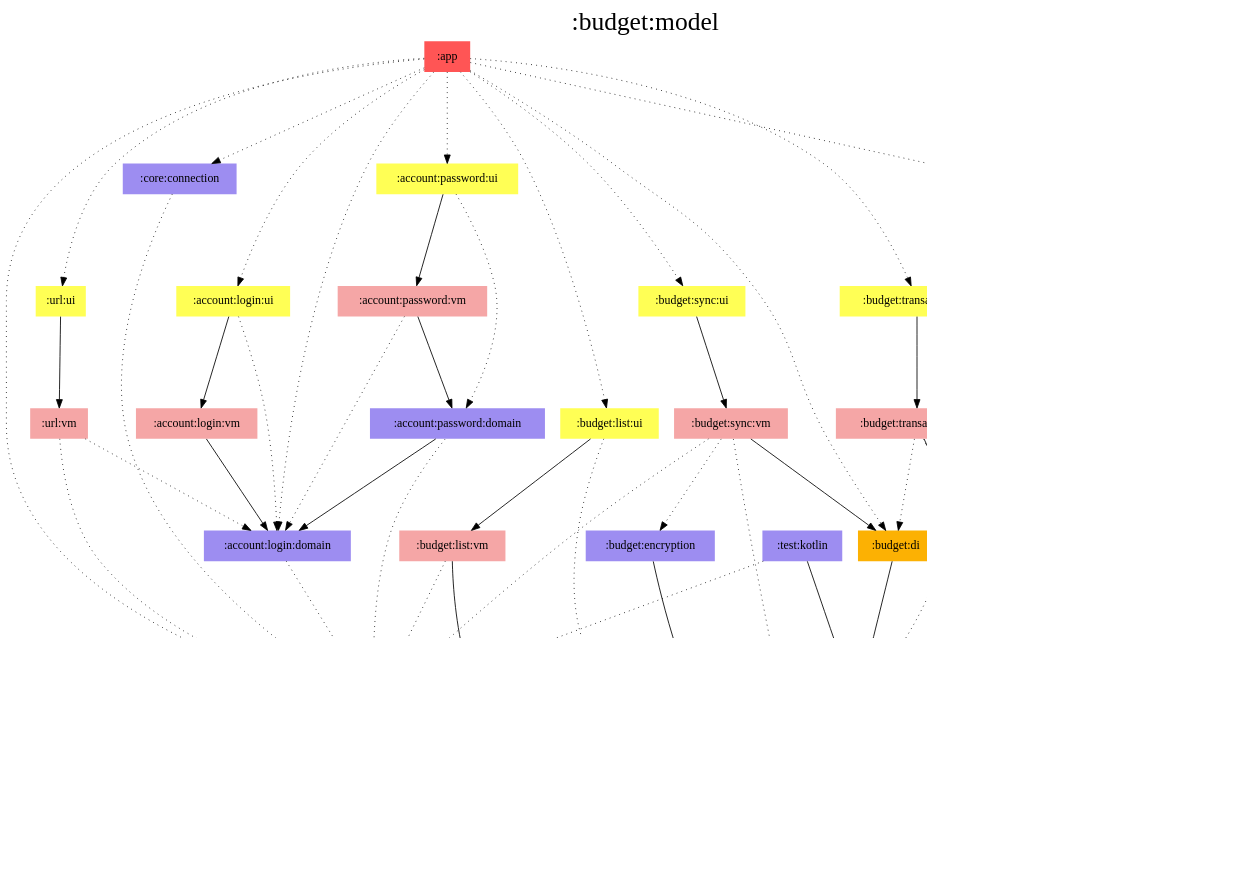
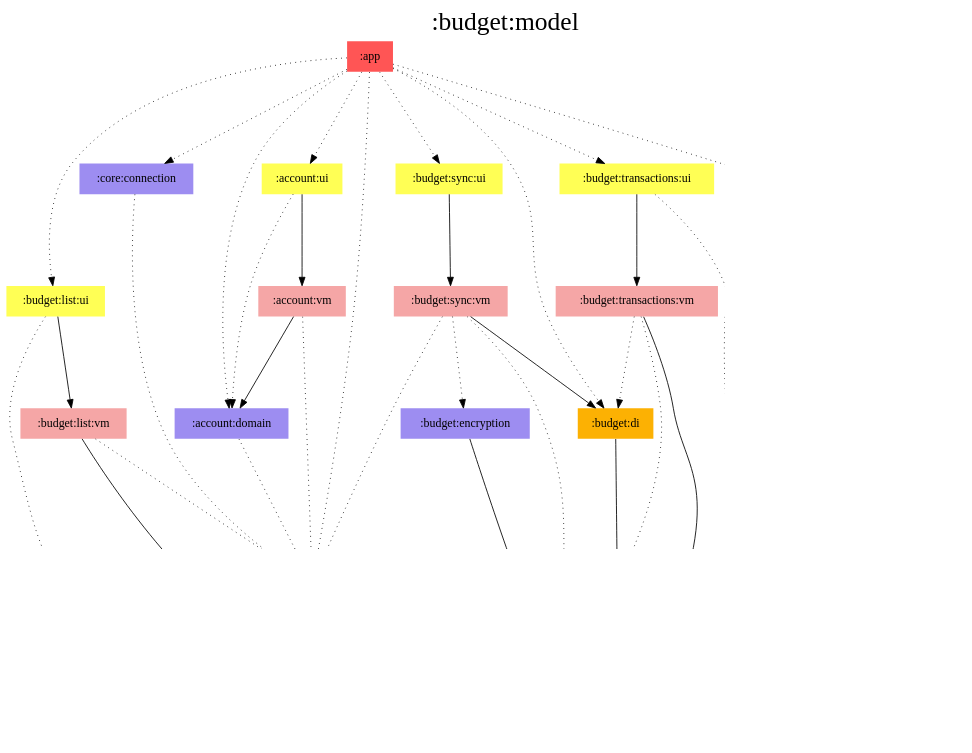
The diagram in modules/budget/model/modules.dot (jonapoul/aktual), drawn with Graphviz before and after one commit. The commit also changed 163 other files, not shown here.

First line of the commit message:
Merge login, password and URL modules (#289)

```diff
--- a/modules/budget/model/modules.dot
+++ b/modules/budget/model/modules.dot
@@ -1,92 +1,74 @@
 digraph {
 edge ["dir"="forward"]
 graph ["dpi"="100","label"=":budget:model","labelloc"="t","fontsize"="30","ranksep"="1.5","rankdir"="TB"]
 node ["style"="filled"]
-":account:login:domain" ["fillcolor"="#9D8DF1","shape"="none"]
-":account:login:ui" ["fillcolor"="#FFFF55","shape"="none"]
-":account:login:vm" ["fillcolor"="#F5A6A6","shape"="none"]
-":account:password:domain" ["fillcolor"="#9D8DF1","shape"="none"]
-":account:password:ui" ["fillcolor"="#FFFF55","shape"="none"]
-":account:password:vm" ["fillcolor"="#F5A6A6","shape"="none"]
+":account:domain" ["fillcolor"="#9D8DF1","shape"="none"]
+":account:ui" ["fillcolor"="#FFFF55","shape"="none"]
+":account:vm" ["fillcolor"="#F5A6A6","shape"="none"]
 ":api:actual" ["fillcolor"="#9D8DF1","shape"="none"]
 ":app" ["fillcolor"="#FF5555","shape"="none"]
 ":budget:db" ["fillcolor"="#9D8DF1","shape"="none"]
 ":budget:di" ["fillcolor"="#FCB103","shape"="none"]
 ":budget:encryption" ["fillcolor"="#9D8DF1","shape"="none"]
 ":budget:list:ui" ["fillcolor"="#FFFF55","shape"="none"]
 ":budget:list:vm" ["fillcolor"="#F5A6A6","shape"="none"]
 ":budget:model" ["fillcolor"="#9D8DF1","color"="black","penwidth"="3","shape"="box"]
 ":budget:sync:ui" ["fillcolor"="#FFFF55","shape"="none"]
 ":budget:sync:vm" ["fillcolor"="#F5A6A6","shape"="none"]
 ":budget:transactions:ui" ["fillcolor"="#FFFF55","shape"="none"]
 ":budget:transactions:vm" ["fillcolor"="#F5A6A6","shape"="none"]
 ":core:connection" ["fillcolor"="#9D8DF1","shape"="none"]
 ":core:di" ["fillcolor"="#FCB103","shape"="none"]
-":test:kotlin" ["fillcolor"="#9D8DF1","shape"="none"]
-":url:ui" ["fillcolor"="#FFFF55","shape"="none"]
-":url:vm" ["fillcolor"="#F5A6A6","shape"="none"]
 {
 edge ["dir"="none"]
 graph ["rank"="same"]
 ":budget:model"
 }
-":account:login:domain" -> ":api:actual" ["style"="dotted"]
-":account:login:ui" -> ":account:login:domain" ["style"="dotted"]
-":account:login:ui" -> ":account:login:vm"
-":account:login:vm" -> ":account:login:domain"
-":account:password:domain" -> ":account:login:domain"
-":account:password:domain" -> ":api:actual" ["style"="dotted"]
-":account:password:ui" -> ":account:password:domain" ["style"="dotted"]
-":account:password:ui" -> ":account:password:vm"
-":account:password:vm" -> ":account:login:domain" ["style"="dotted"]
-":account:password:vm" -> ":account:password:domain"
+":account:domain" -> ":api:actual" ["style"="dotted"]
+":account:ui" -> ":account:domain" ["style"="dotted"]
+":account:ui" -> ":account:vm"
+":account:vm" -> ":account:domain"
+":account:vm" -> ":api:actual" ["style"="dotted"]
 ":api:actual" -> ":budget:model"
-":app" -> ":account:login:domain" ["style"="dotted"]
-":app" -> ":account:login:ui" ["style"="dotted"]
-":app" -> ":account:password:ui" ["style"="dotted"]
+":app" -> ":account:domain" ["style"="dotted"]
+":app" -> ":account:ui" ["style"="dotted"]
 ":app" -> ":api:actual" ["style"="dotted"]
 ":app" -> ":budget:di" ["style"="dotted"]
 ":app" -> ":budget:list:ui" ["style"="dotted"]
 ":app" -> ":budget:sync:ui" ["style"="dotted"]
 ":app" -> ":budget:transactions:ui" ["style"="dotted"]
 ":app" -> ":core:connection" ["style"="dotted"]
 ":app" -> ":core:di" ["style"="dotted"]
-":app" -> ":url:ui" ["style"="dotted"]
 ":budget:db" -> ":budget:model"
 ":budget:di" -> ":budget:db"
 ":budget:encryption" -> ":budget:model"
 ":budget:list:ui" -> ":budget:list:vm"
 ":budget:list:ui" -> ":budget:model" ["style"="dotted"]
 ":budget:list:vm" -> ":api:actual" ["style"="dotted"]
 ":budget:list:vm" -> ":budget:model"
 ":budget:sync:ui" -> ":budget:sync:vm"
 ":budget:sync:vm" -> ":api:actual" ["style"="dotted"]
 ":budget:sync:vm" -> ":budget:di"
 ":budget:sync:vm" -> ":budget:encryption" ["style"="dotted"]
 ":budget:sync:vm" -> ":budget:model" ["style"="dotted"]
 ":budget:transactions:ui" -> ":budget:model" ["style"="dotted"]
 ":budget:transactions:ui" -> ":budget:transactions:vm"
 ":budget:transactions:vm" -> ":budget:db" ["style"="dotted"]
 ":budget:transactions:vm" -> ":budget:di" ["style"="dotted"]
 ":budget:transactions:vm" -> ":budget:model"
 ":core:connection" -> ":api:actual" ["style"="dotted"]
 ":core:di" -> ":budget:model"
-":test:kotlin" -> ":api:actual" ["style"="dotted"]
-":test:kotlin" -> ":budget:db"
-":url:ui" -> ":url:vm"
-":url:vm" -> ":account:login:domain" ["style"="dotted"]
-":url:vm" -> ":api:actual" ["style"="dotted"]
 subgraph "cluster_legend" {
 edge ["dir"="none"]
 graph ["label"="Legend","fontsize"="20"]
 "Legend" ["style"="filled","fillcolor"="#FFFFFF","shape"="none","margin"="0","fontsize"="15","label"=<
 <TABLE BORDER="0" CELLBORDER="0" CELLSPACING="0" CELLPADDING="4">
 <TR><TD>App</TD><TD BGCOLOR="#FF5555">module-name</TD></TR>
 <TR><TD>ViewModel</TD><TD BGCOLOR="#F5A6A6">module-name</TD></TR>
 <TR><TD>Hilt</TD><TD BGCOLOR="#FCB103">module-name</TD></TR>
 <TR><TD>Compose</TD><TD BGCOLOR="#FFFF55">module-name</TD></TR>
 <TR><TD>Multiplatform</TD><TD BGCOLOR="#9D8DF1">module-name</TD></TR>
 </TABLE>
 >]
 } -> ":budget:model" ["style"="invis"]
 }
```
